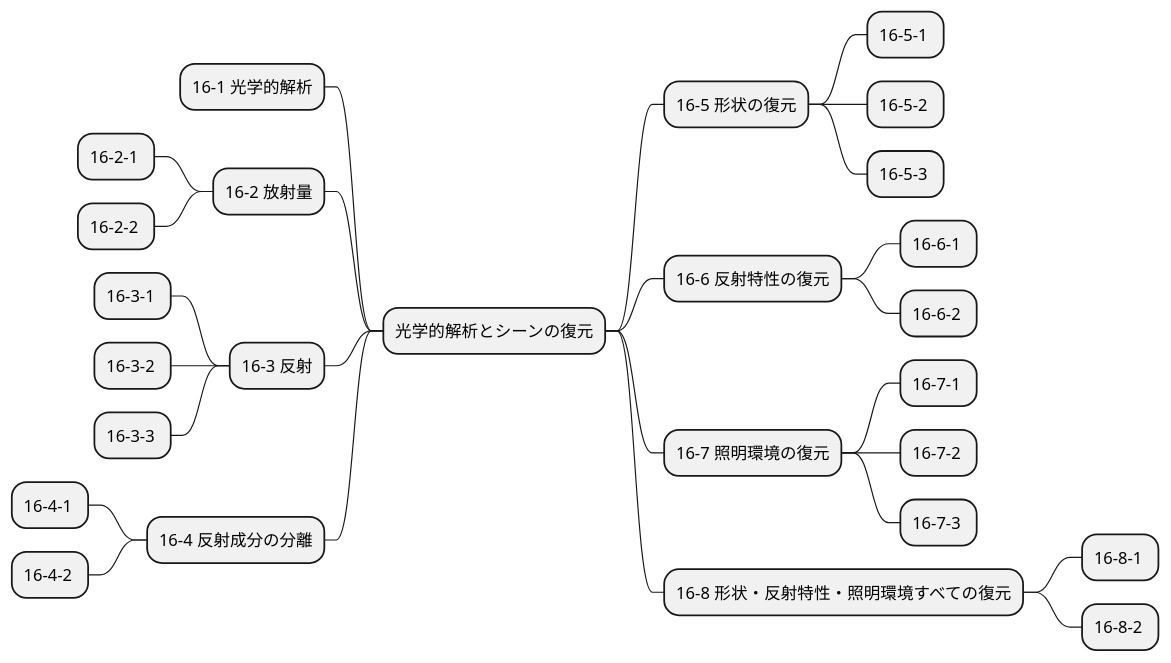
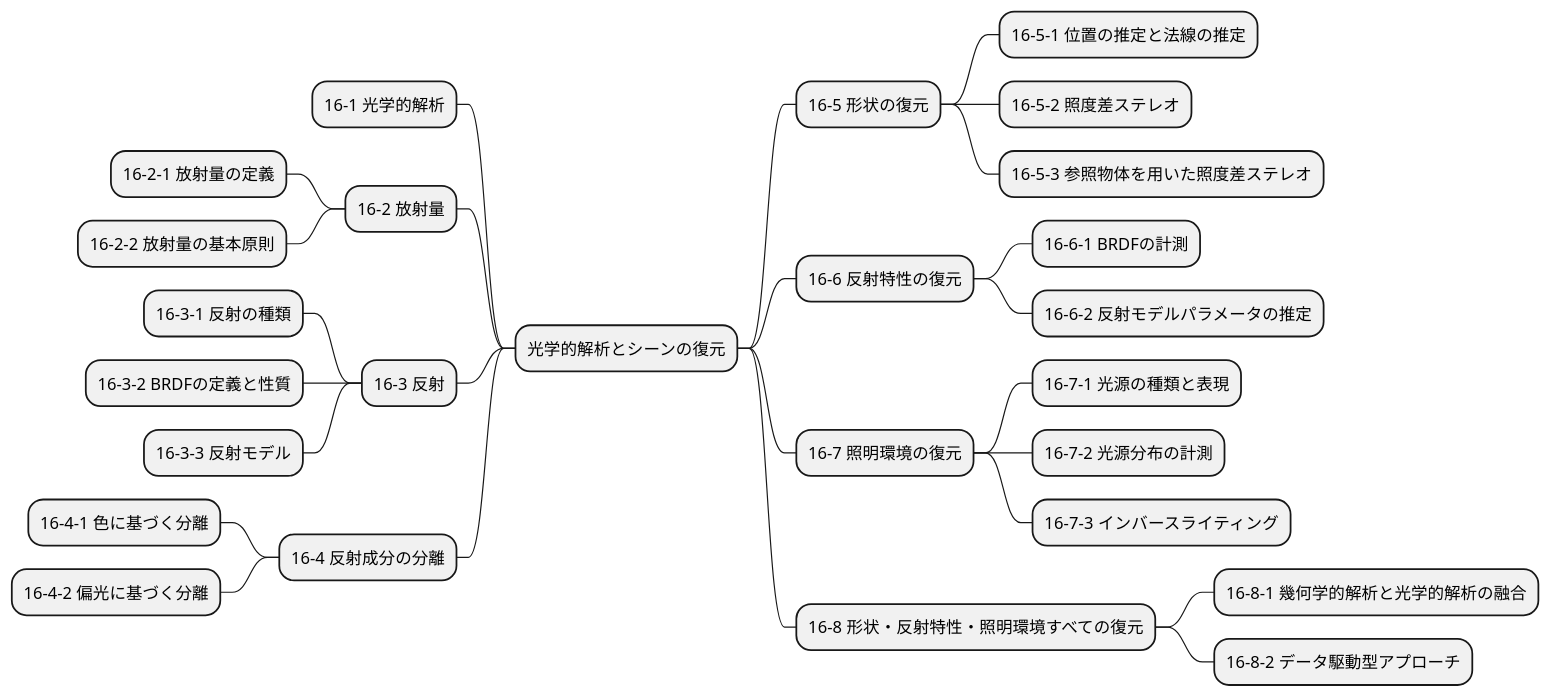
The diagram in mindmap/img_proc_expert_16.puml (Takayoshi-Matsuyama/image_processing), drawn with PlantUML before and after one commit. The commit also changed 16 other files, not shown here.

Commit message:
mindmap - ex index

```diff
--- a/mindmap/img_proc_expert_16.puml
+++ b/mindmap/img_proc_expert_16.puml
@@ -1,28 +1,28 @@
 @startmindmap img_proc_expert_16
 + 光学的解析とシーンの復元
 -- 16-1 光学的解析
 -- 16-2 放射量
---- 16-2-1 
---- 16-2-2 
+--- 16-2-1 放射量の定義
+--- 16-2-2 放射量の基本原則
 -- 16-3 反射
---- 16-3-1 
---- 16-3-2 
---- 16-3-3 
+--- 16-3-1 反射の種類
+--- 16-3-2 BRDFの定義と性質
+--- 16-3-3 反射モデル
 -- 16-4 反射成分の分離
---- 16-4-1 
---- 16-4-2 
+--- 16-4-1 色に基づく分離
+--- 16-4-2 偏光に基づく分離
 ++ 16-5 形状の復元
-+++ 16-5-1 
-+++ 16-5-2 
-+++ 16-5-3 
++++ 16-5-1 位置の推定と法線の推定
++++ 16-5-2 照度差ステレオ
++++ 16-5-3 参照物体を用いた照度差ステレオ
 ++ 16-6 反射特性の復元
-+++ 16-6-1 
-+++ 16-6-2 
++++ 16-6-1 BRDFの計測
++++ 16-6-2 反射モデルパラメータの推定
 ++ 16-7 照明環境の復元
-+++ 16-7-1 
-+++ 16-7-2 
-+++ 16-7-3 
++++ 16-7-1 光源の種類と表現
++++ 16-7-2 光源分布の計測
++++ 16-7-3 インバースライティング
 ++ 16-8 形状・反射特性・照明環境すべての復元
-+++ 16-8-1 
-+++ 16-8-2 
++++ 16-8-1 幾何学的解析と光学的解析の融合
++++ 16-8-2 データ駆動型アプローチ
 @endmindmap
```
